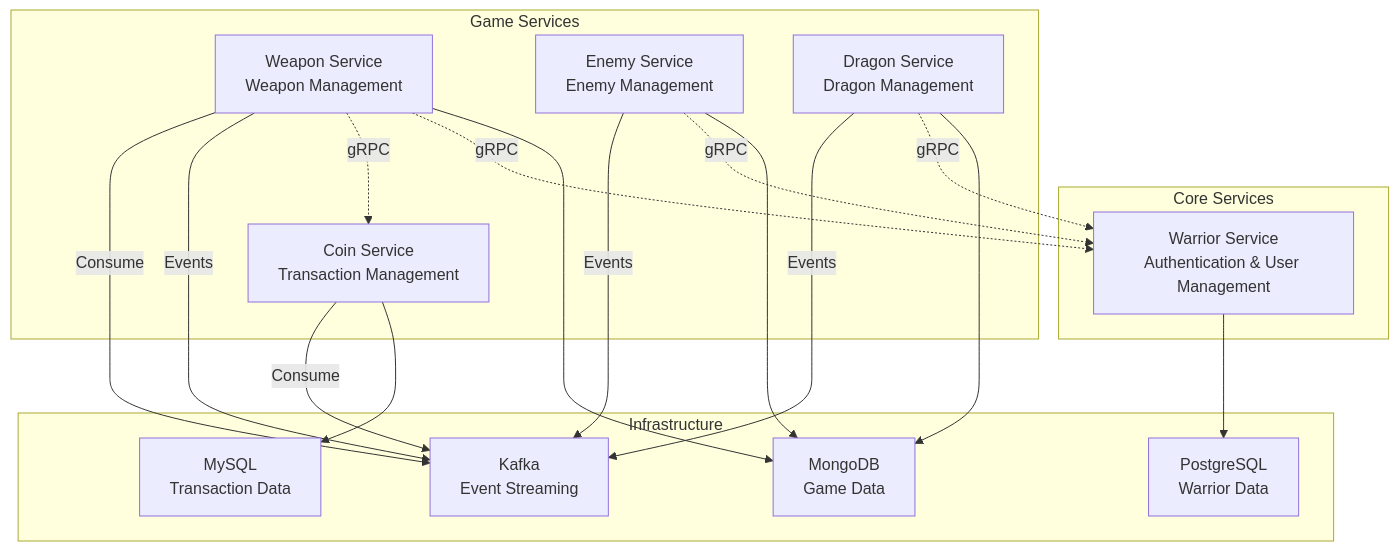
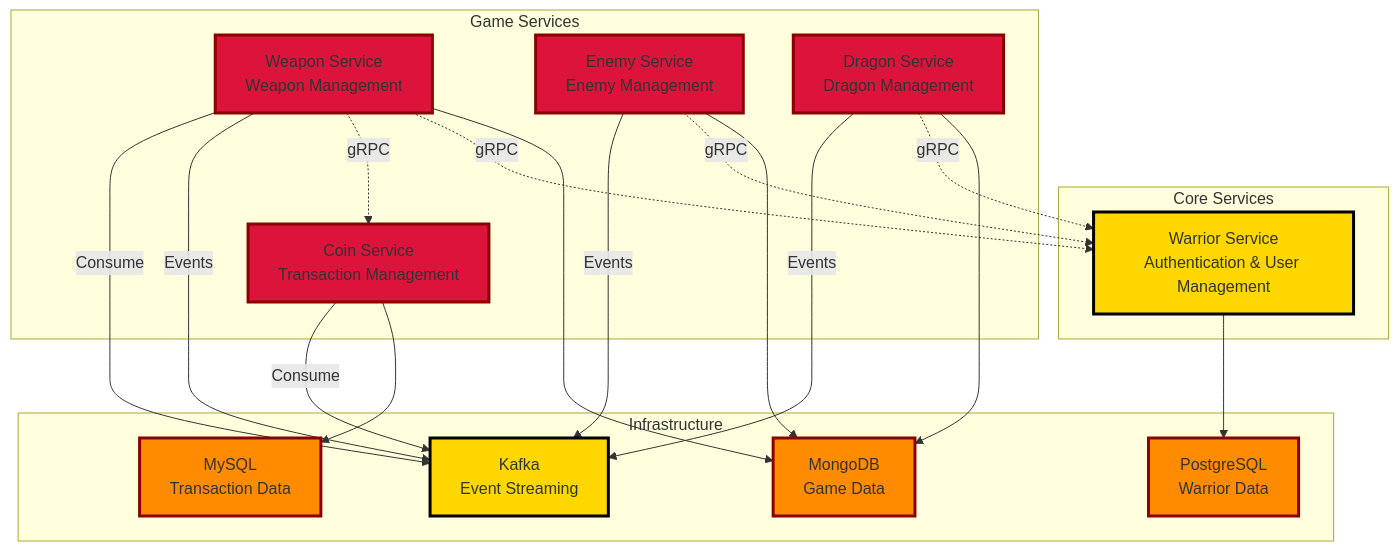
Before and after one commit to tiraten-bot/network-sec-micro: the sixth of 8 diagrams in README.md, drawn with Mermaid. The commit also changed other lines of this file, not shown here.

Commit message:
Enhance README.md with updated service communication flow, database architecture, and API endpoint diagrams. Add styling for various components to improve visual clarity and consistency.

````diff
--- a/README.md
+++ b/README.md
@@ -251,37 +286,47 @@
 ```mermaid
 graph TD
     subgraph "Core Services"
         W[Warrior Service<br/>Authentication & User Management]
     end
     
     subgraph "Game Services"
         WP[Weapon Service<br/>Weapon Management]
         C[Coin Service<br/>Transaction Management]
         E[Enemy Service<br/>Enemy Management]
         D[Dragon Service<br/>Dragon Management]
     end
     
     subgraph "Infrastructure"
         K[Kafka<br/>Event Streaming]
         PG[PostgreSQL<br/>Warrior Data]
         MG[MongoDB<br/>Game Data]
         MY[MySQL<br/>Transaction Data]
     end
     
     W --> PG
     WP --> MG
     E --> MG
     D --> MG
     C --> MY
     
     WP -.->|gRPC| W
     E -.->|gRPC| W
     D -.->|gRPC| W
     WP -.->|gRPC| C
     
     WP -->|Events| K
     E -->|Events| K
     D -->|Events| K
     C -->|Consume| K
     WP -->|Consume| K
+    
+    style W fill:#FFD700,stroke:#000000,stroke-width:3px
+    style WP fill:#DC143C,stroke:#8B0000,stroke-width:3px
+    style C fill:#DC143C,stroke:#8B0000,stroke-width:3px
+    style E fill:#DC143C,stroke:#8B0000,stroke-width:3px
+    style D fill:#DC143C,stroke:#8B0000,stroke-width:3px
+    style K fill:#FFD700,stroke:#000000,stroke-width:3px
+    style PG fill:#FF8C00,stroke:#8B0000,stroke-width:3px
+    style MG fill:#FF8C00,stroke:#8B0000,stroke-width:3px
+    style MY fill:#FF8C00,stroke:#8B0000,stroke-width:3px
 ```
````
